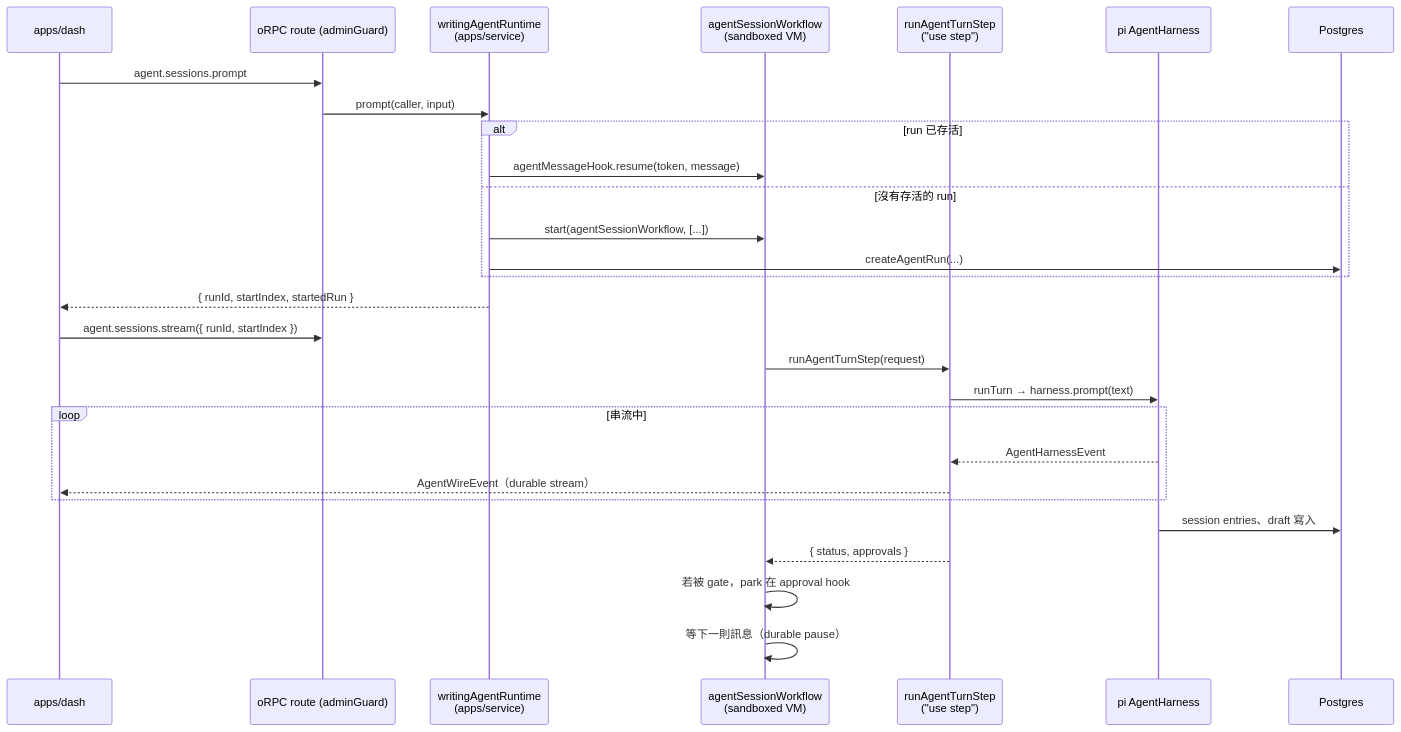
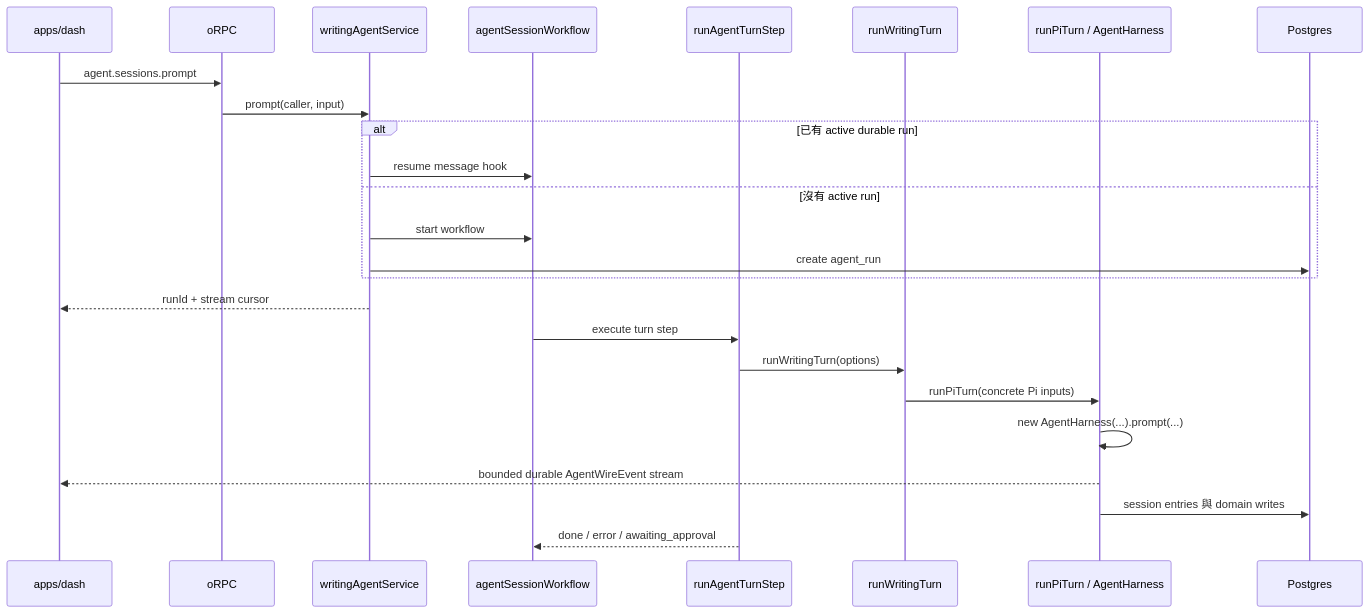
The second of 3 diagrams in docs/agent-architecture.zh.md (Chia1104/chia1104.dev), drawn with Mermaid before and after one commit. The commit also changed other lines of this file and 69 other files, not shown here.

Commit message:
refactor(agent): simplify agent harness architecture

````diff
--- a/docs/agent-architecture.zh.md
+++ b/docs/agent-architecture.zh.md
@@ -108,32 +87,28 @@
 ```mermaid
 sequenceDiagram
     participant UI as apps/dash
-    participant RPC as oRPC route (adminGuard)
-    participant RT as writingAgentRuntime<br/>(apps/service)
-    participant WF as agentSessionWorkflow<br/>(sandboxed VM)
-    participant ST as runAgentTurnStep<br/>("use step")
-    participant PI as pi AgentHarness
+    participant RPC as oRPC
+    participant SVC as writingAgentService
+    participant WF as agentSessionWorkflow
+    participant STEP as runAgentTurnStep
+    participant WR as runWritingTurn
+    participant PI as runPiTurn / AgentHarness
     participant PG as Postgres
 
     UI->>RPC: agent.sessions.prompt
-    RPC->>RT: prompt(caller, input)
-    alt run 已存活
-        RT->>WF: agentMessageHook.resume(token, message)
-    else 沒有存活的 run
-        RT->>WF: start(agentSessionWorkflow, [...])
-        RT->>PG: createAgentRun(...)
+    RPC->>SVC: prompt(caller, input)
+    alt 已有 active durable run
+        SVC->>WF: resume message hook
+    else 沒有 active run
+        SVC->>WF: start workflow
+        SVC->>PG: create agent_run
     end
-    RT-->>UI: { runId, startIndex, startedRun }
-    UI->>RPC: agent.sessions.stream({ runId, startIndex })
-
-    WF->>ST: runAgentTurnStep(request)
-    ST->>PI: runTurn → harness.prompt(text)
-    loop 串流中
-        PI-->>ST: AgentHarnessEvent
-        ST-->>UI: AgentWireEvent（durable stream）
-    end
-    PI->>PG: session entries、draft 寫入
-    ST-->>WF: { status, approvals }
-    WF->>WF: 若被 gate，park 在 approval hook
-    WF->>WF: 等下一則訊息（durable pause）
+    SVC-->>UI: runId + stream cursor
+    WF->>STEP: execute turn step
+    STEP->>WR: runWritingTurn(options)
+    WR->>PI: runPiTurn(concrete Pi inputs)
+    PI->>PI: new AgentHarness(...).prompt(...)
+    PI-->>UI: bounded durable AgentWireEvent stream
+    PI->>PG: session entries 與 domain writes
+    STEP-->>WF: done / error / awaiting_approval
 ```
````
